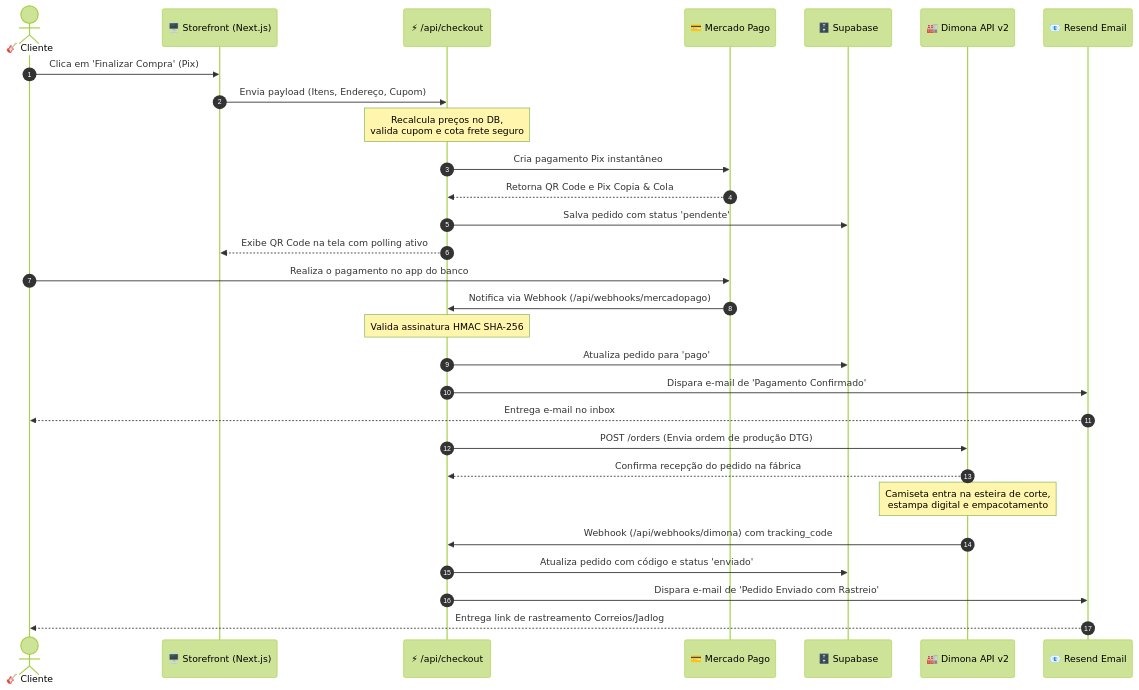
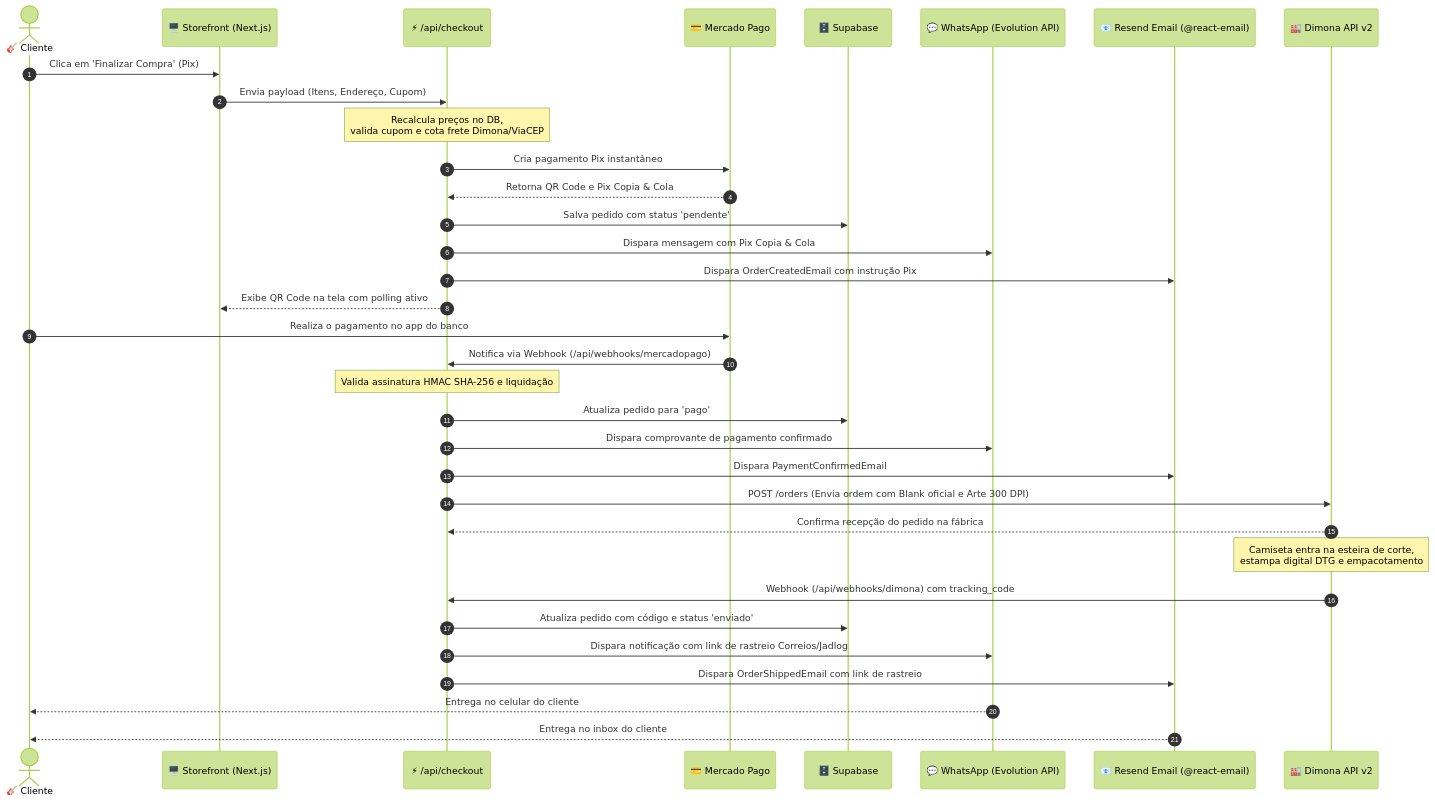
The fourth of 4 diagrams in docs/arquitetura-c4-munaya.md (gviegas72/munaya-ecommerce), drawn with Mermaid (forest theme) before and after one commit. The commit also changed other lines of this file, not shown here.

Commit message:
docs: atualiza documentacao C4 em markdown com WhatsApp, Resend e Dimona Webhook

````diff
--- a/docs/arquitetura-c4-munaya.md
+++ b/docs/arquitetura-c4-munaya.md
@@ -159,34 +188,39 @@
 ```mermaid
 sequenceDiagram
     autonumber
     actor Cliente as 🎸 Cliente
     participant App as 🖥️ Storefront (Next.js)
     participant API as ⚡ /api/checkout
     participant MP as 💳 Mercado Pago
     participant DB as 🗄️ Supabase
+    participant WA as 💬 WhatsApp (Evolution API)
+    participant Resend as 📧 Resend Email (@react-email)
     participant Dimona as 🏭 Dimona API v2
-    participant Resend as 📧 Resend Email
 
     Cliente->>App: Clica em 'Finalizar Compra' (Pix)
     App->>API: Envia payload (Itens, Endereço, Cupom)
-    Note over API: Recalcula preços no DB,<br/>valida cupom e cota frete seguro
+    Note over API: Recalcula preços no DB,<br/>valida cupom e cota frete Dimona/ViaCEP
     API->>MP: Cria pagamento Pix instantâneo
     MP-->>API: Retorna QR Code e Pix Copia & Cola
     API->>DB: Salva pedido com status 'pendente'
+    API->>WA: Dispara mensagem com Pix Copia & Cola
+    API->>Resend: Dispara OrderCreatedEmail com instrução Pix
     API-->>App: Exibe QR Code na tela com polling ativo
 
     Cliente->>MP: Realiza o pagamento no app do banco
     MP->>API: Notifica via Webhook (/api/webhooks/mercadopago)
-    Note over API: Valida assinatura HMAC SHA-256
+    Note over API: Valida assinatura HMAC SHA-256 e liquidação
     API->>DB: Atualiza pedido para 'pago'
-    API->>Resend: Dispara e-mail de 'Pagamento Confirmado'
-    Resend-->>Cliente: Entrega e-mail no inbox
-    API->>Dimona: POST /orders (Envia ordem de produção DTG)
+    API->>WA: Dispara comprovante de pagamento confirmado
+    API->>Resend: Dispara PaymentConfirmedEmail
+    API->>Dimona: POST /orders (Envia ordem com Blank oficial e Arte 300 DPI)
     Dimona-->>API: Confirma recepção do pedido na fábrica
 
-    Note over Dimona: Camiseta entra na esteira de corte,<br/>estampa digital e empacotamento
+    Note over Dimona: Camiseta entra na esteira de corte,<br/>estampa digital DTG e empacotamento
     Dimona->>API: Webhook (/api/webhooks/dimona) com tracking_code
     API->>DB: Atualiza pedido com código e status 'enviado'
-    API->>Resend: Dispara e-mail de 'Pedido Enviado com Rastreio'
-    Resend-->>Cliente: Entrega link de rastreamento Correios/Jadlog
+    API->>WA: Dispara notificação com link de rastreio Correios/Jadlog
+    API->>Resend: Dispara OrderShippedEmail com link de rastreio
+    WA-->>Cliente: Entrega no celular do cliente
+    Resend-->>Cliente: Entrega no inbox do cliente
 ```
````
